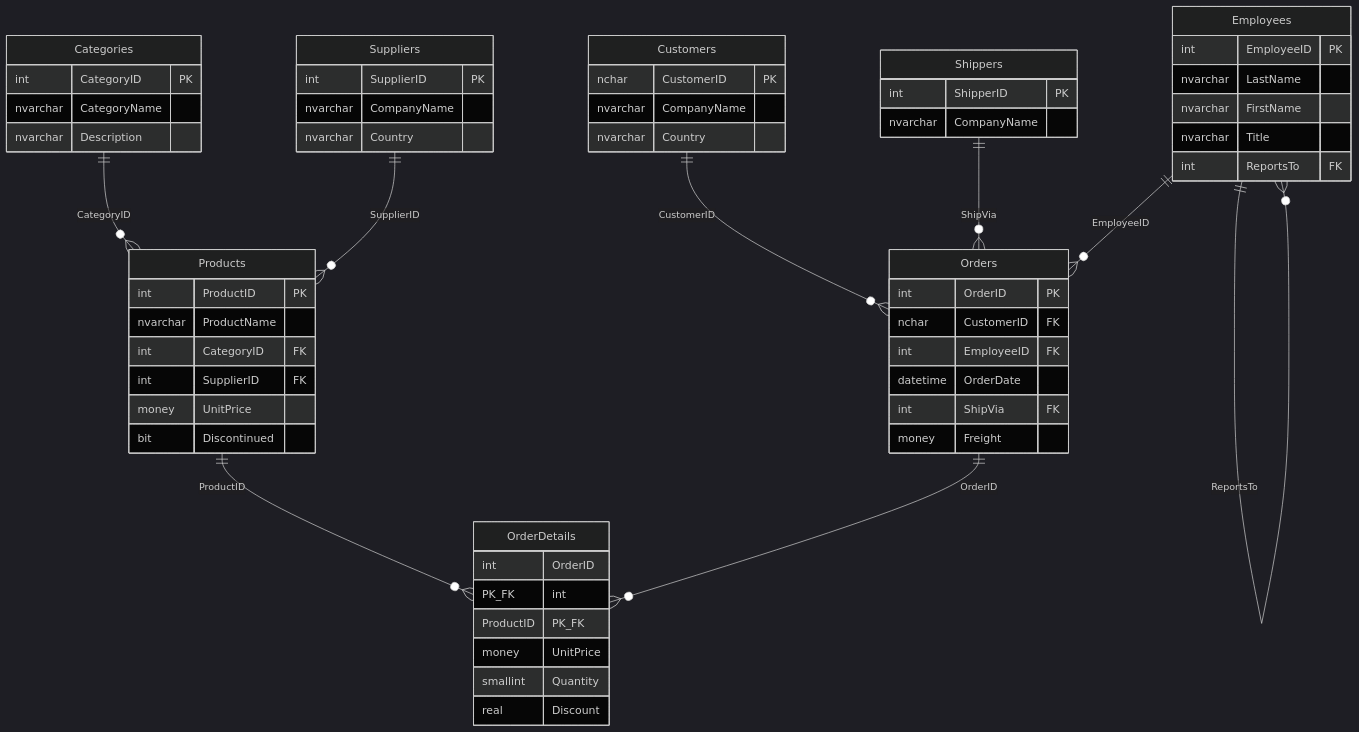
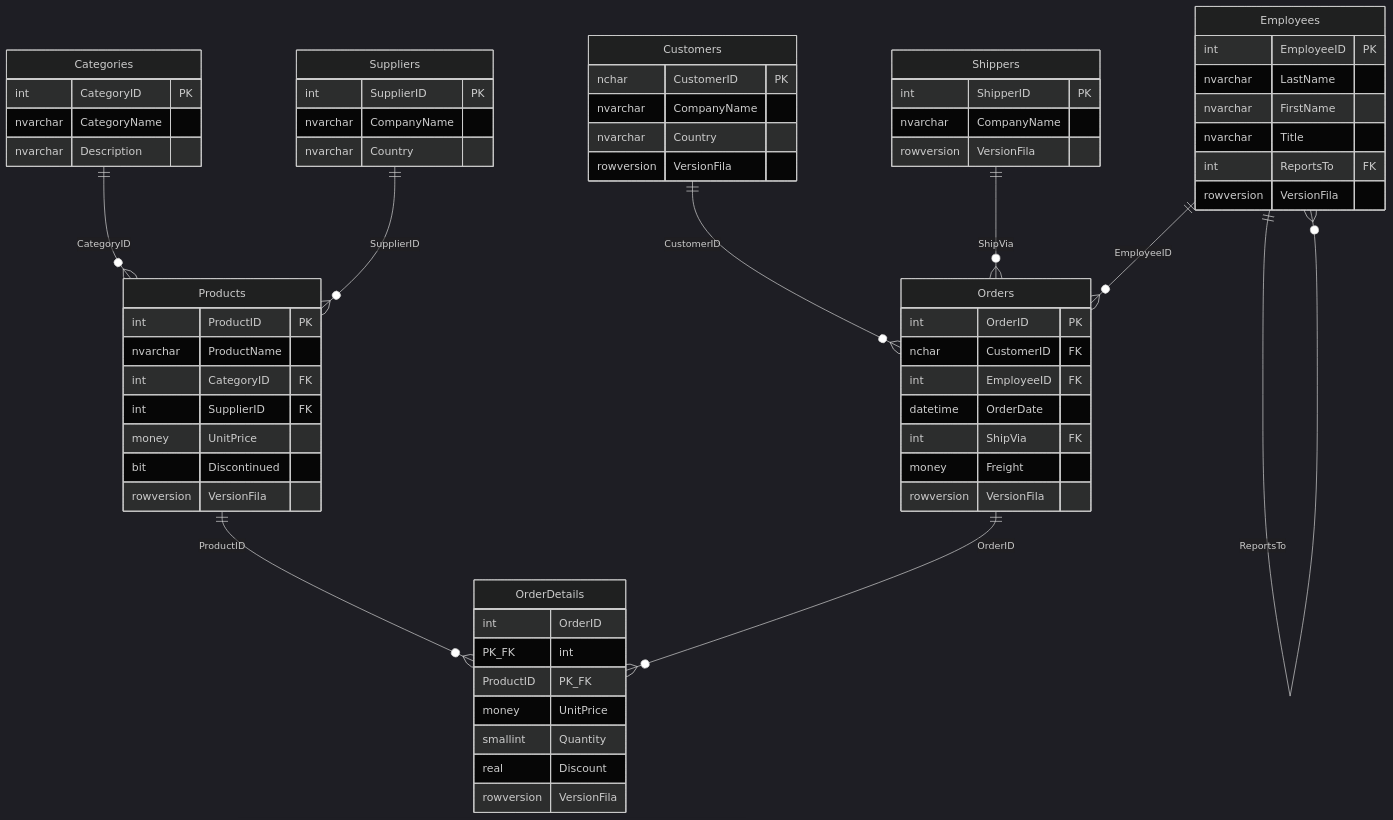
One commit to halflores/NorthwindDW changed the first of 3 diagrams in README.md. Above: the diagram before and after it, drawn with Mermaid (dark theme). The commit also changed other lines of this file and 2 other files, not shown here.

````diff
--- a/README.md
+++ b/README.md
@@ -36,61 +38,67 @@
 ```mermaid
 erDiagram
     Categories ||--o{ Products : "CategoryID"
     Suppliers ||--o{ Products : "SupplierID"
     Products ||--o{ OrderDetails : "ProductID"
     Orders ||--o{ OrderDetails : "OrderID"
     Customers ||--o{ Orders : "CustomerID"
     Employees ||--o{ Orders : "EmployeeID"
     Shippers ||--o{ Orders : "ShipVia"
     Employees ||--o{ Employees : "ReportsTo"
 
     Categories {
         int CategoryID PK
         nvarchar CategoryName
         nvarchar Description
     }
     Suppliers {
         int SupplierID PK
         nvarchar CompanyName
         nvarchar Country
     }
     Products {
         int ProductID PK
         nvarchar ProductName
         int CategoryID FK
         int SupplierID FK
         money UnitPrice
         bit Discontinued
+        rowversion VersionFila
     }
     Customers {
         nchar CustomerID PK
         nvarchar CompanyName
         nvarchar Country
+        rowversion VersionFila
     }
     Employees {
         int EmployeeID PK
         nvarchar LastName
         nvarchar FirstName
         nvarchar Title
         int ReportsTo FK
+        rowversion VersionFila
     }
     Shippers {
         int ShipperID PK
         nvarchar CompanyName
+        rowversion VersionFila
     }
     Orders {
         int OrderID PK
         nchar CustomerID FK
         int EmployeeID FK
         datetime OrderDate
         int ShipVia FK
         money Freight
+        rowversion VersionFila
     }
     OrderDetails {
         int OrderID PK_FK
         int ProductID PK_FK
         money UnitPrice
         smallint Quantity
         real Discount
+        rowversion VersionFila
     }
 ```
````
